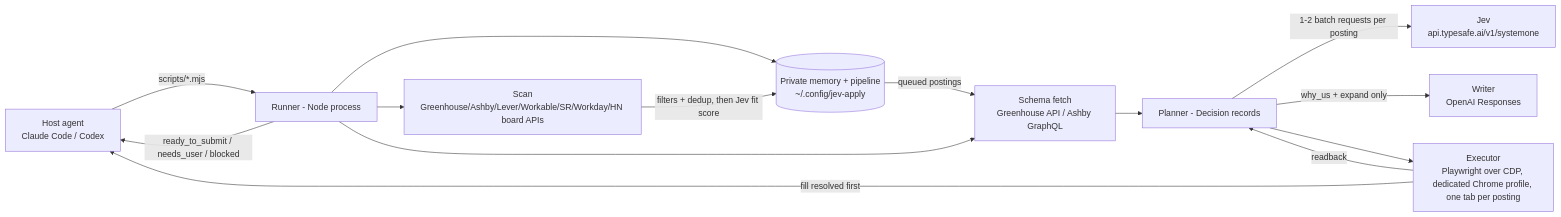
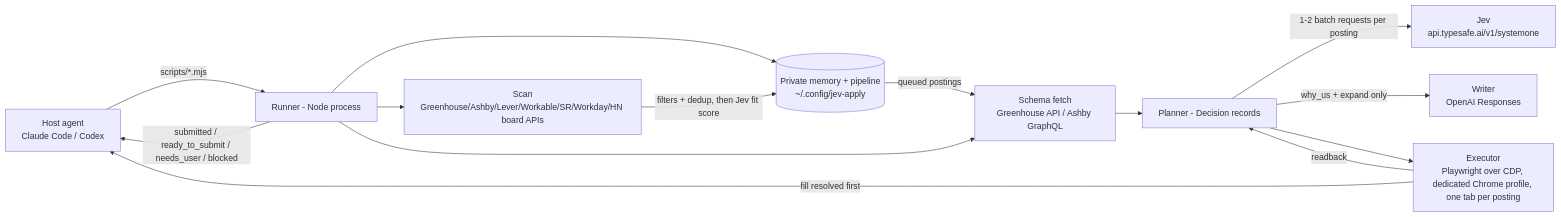
One commit to TheAdaply/jev-apply changed the diagram in docs/PLAN.md. Above: the diagram before and after it, drawn with Mermaid. The commit also changed other lines of this file and 49 other files, not shown here.

````diff
--- a/docs/PLAN.md
+++ b/docs/PLAN.md
@@ -53,16 +58,16 @@
 ```mermaid
 flowchart LR
   H[Host agent<br/>Claude Code / Codex] -->|scripts/*.mjs| R[Runner - Node process]
   R --> M[(Private memory + pipeline<br/>~/.config/jev-apply)]
   R --> D[Scan<br/>Greenhouse/Ashby/Lever/Workable/SR/Workday/HN board APIs]
   D -->|filters + dedup, then Jev fit score| M
   M -->|queued postings| S
   R --> S[Schema fetch<br/>Greenhouse API / Ashby GraphQL]
   S --> P[Planner - Decision records]
   P -->|1-2 batch requests per posting| J[Jev<br/>api.typesafe.ai/v1/systemone]
   P -->|why_us + expand only| W[Writer<br/>OpenAI Responses]
   P --> E[Executor<br/>Playwright over CDP, dedicated Chrome profile, one tab per posting]
   E -->|readback| P
   E -->|fill resolved first| H
-  R -->|ready_to_submit / needs_user / blocked| H
+  R -->|submitted / ready_to_submit / needs_user / blocked| H
 ```
````
